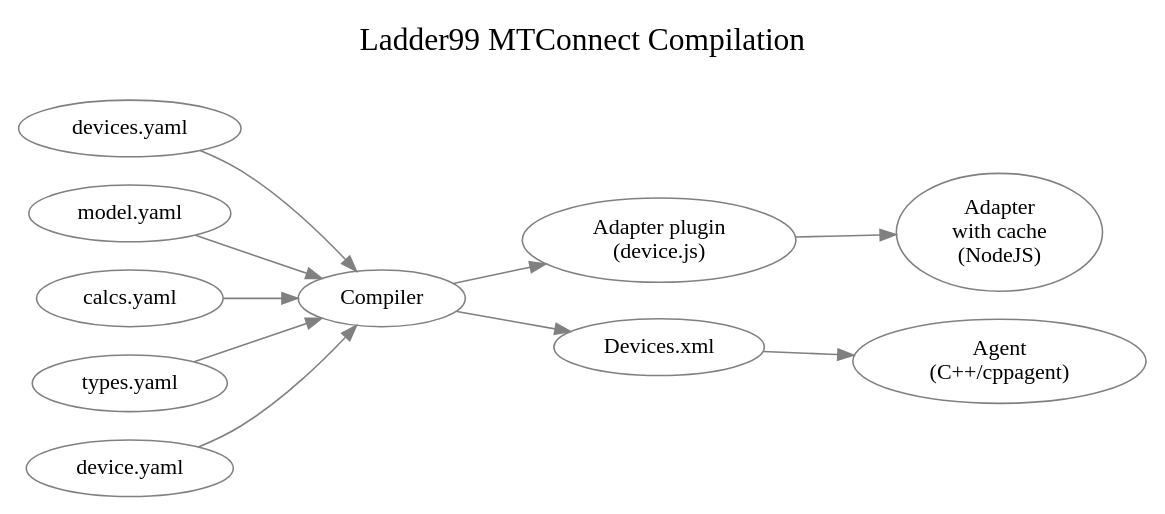
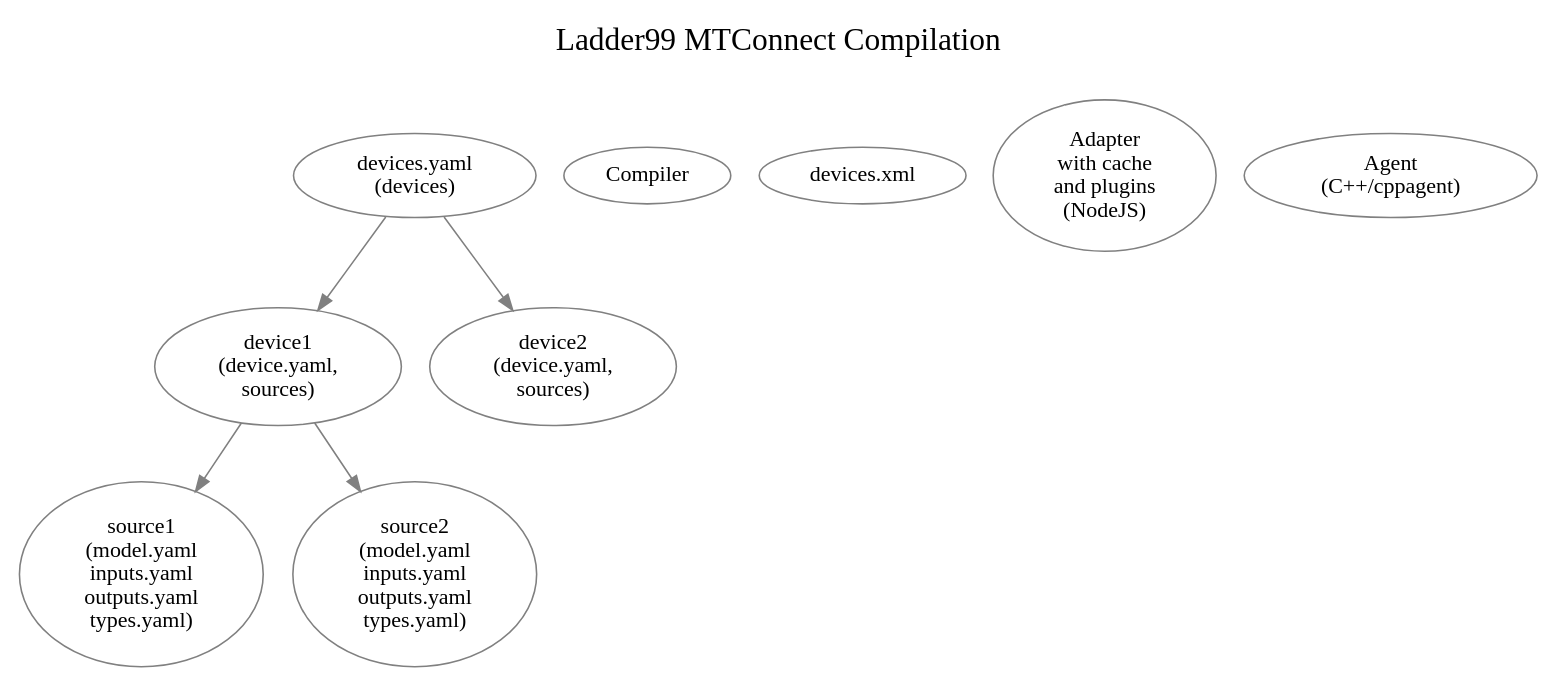
One commit to Ladder99/ladder99 changed the diagram in design/compilation.dot. Above: the diagram before and after it, drawn with Graphviz. The commit also changed 2 other files, not shown here.

```diff
--- a/design/compilation.dot
+++ b/design/compilation.dot
@@ -1,56 +1,57 @@
 digraph "ladder99-compilation" {
 
   // styles
   graph [ label="Ladder99 MTConnect Compilation\n "; color=lightgray; ];
   graph [ fontsize=20 ];
   graph [ labelloc=t ];
   // graph [ ranksep=0.2 ];
   // graph [ nodesep=0.35 ];
-  graph [ rankdir=LR; ] // left-to-right
+  // graph [ rankdir=LR; ] // left-to-right
   node [ color=gray; fillcolor=white; style=filled ];
   edge [ color=gray ];
   edge [ fontsize=12; fontcolor=gray30; ];
 
   // nodes
   // DeviceSheet [ label="device.gsheet" ];
-  DevicesYaml [ label="devices.yaml" ];
-  ModelYaml [ label="model.yaml" ];
-  CalcsYaml [ label="calcs.yaml" ];
-  TypesYaml [ label="types.yaml" ];
-  DeviceYaml [ label="device.yaml" ];
-  // DevicesYaml [ label="Devices.yaml\n(structure)" ];
-
+  DevicesYaml [ label="devices.yaml\n(devices)" ];
+  Device1 [ label="device1\n(device.yaml,\nsources)" ];
+  Source1 [ label="source1\n(model.yaml\ninputs.yaml\noutputs.yaml\ntypes.yaml)" ];
+  Source2 [ label="source2\n(model.yaml\ninputs.yaml\noutputs.yaml\ntypes.yaml)" ];
+  Device2 [ label="device2\n(device.yaml,\nsources)" ];
   Compiler [ label="Compiler" ];
-
-  DeviceJs [ label="Adapter plugin\n(device.js)" ];
-  DevicesXml [ label="Devices.xml" ];
-
-  Adapter [ label="Adapter\nwith cache\n(NodeJS)" ];
+  // DeviceJs [ label="Adapter plugin\n(device.js)" ];
+  DevicesXml [ label="devices.xml" ];
+  Adapter [ label="Adapter\nwith cache\nand plugins\n(NodeJS)" ];
   Agent [ label="Agent\n(C++/cppagent)" ];
 
   // edges
+  // Device1 -> DevicesYaml;
+  // Device2 -> DevicesYaml;
+  DevicesYaml -> Device1;
+  DevicesYaml -> Device2;
+  Device1 -> Source1;
+  Device1 -> Source2;
   // DeviceSheet -> Compiler;
-  DevicesYaml -> Compiler;
-  ModelYaml -> Compiler;
-  CalcsYaml -> Compiler;
-  TypesYaml -> Compiler;
-  DeviceYaml -> Compiler;
   // DevicesYaml -> Compiler;
-  Compiler -> DeviceJs;
-  Compiler -> DevicesXml;
-  DeviceJs -> Adapter;
-  DevicesXml -> Agent;
+  // ModelYaml -> Compiler;
+  // CalcsYaml -> Compiler;
+  // TypesYaml -> Compiler;
+  // DeviceYaml -> Compiler;
+  // DevicesYaml -> Compiler;
+  // Compiler -> DeviceJs;
+  // Compiler -> DevicesXml;
+  // DeviceJs -> Adapter;
+  // DevicesXml -> Agent;
   // Adapter -> Agent [ label="SHDR" ];
-
   // ModelYaml -> DeviceYaml [ label="structures" ];
   // DeviceSheet -> ModelYaml [ label="feeds into" ];
   // DeviceYaml -> DeviceJs [ label="helps generate" ];
   // DeviceJs -> Adapter [ label="plugs into" ];
   // DeviceYaml -> DevicesXml [ label="feeds into" ];
   // Adapter -> Agent [ label="SHDR/\nTCP 7878" ];
   // DevicesYaml -> DevicesXml [ label="structures" ];
   // DevicesXml -> Agent [ label="used by" ];
 
   // rank
-  { rank=same; Adapter Agent };
+  // { rank=same; Adapter Agent };
 }
```
